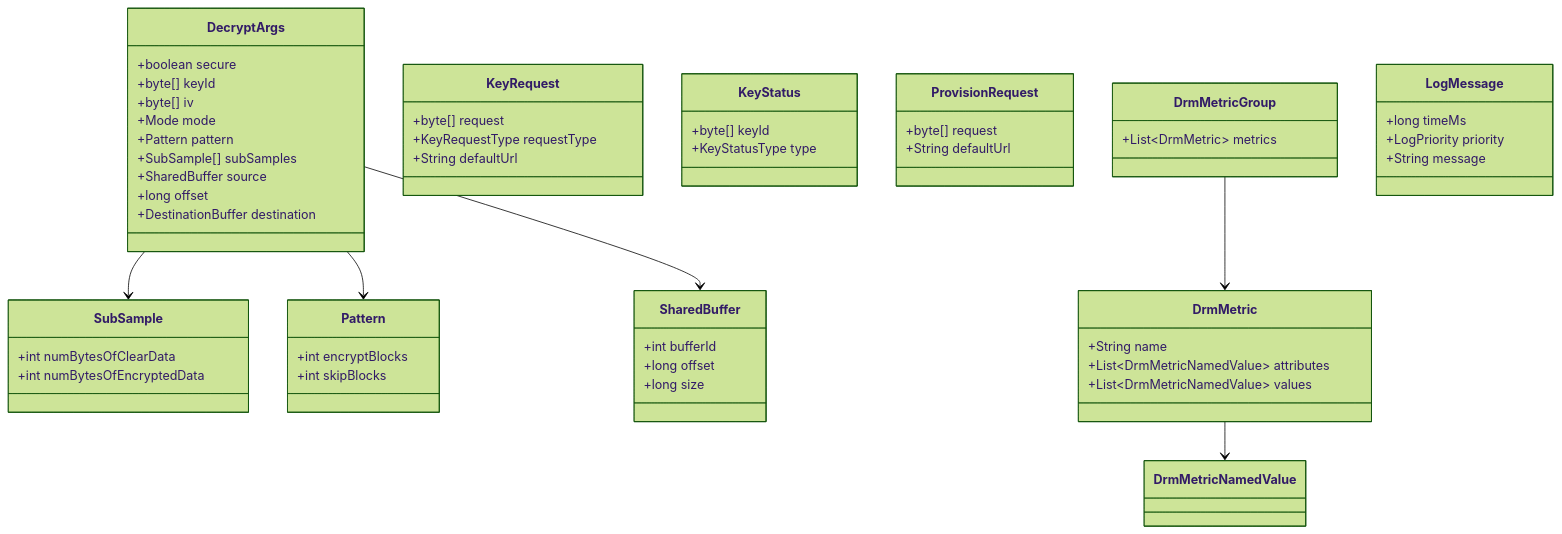
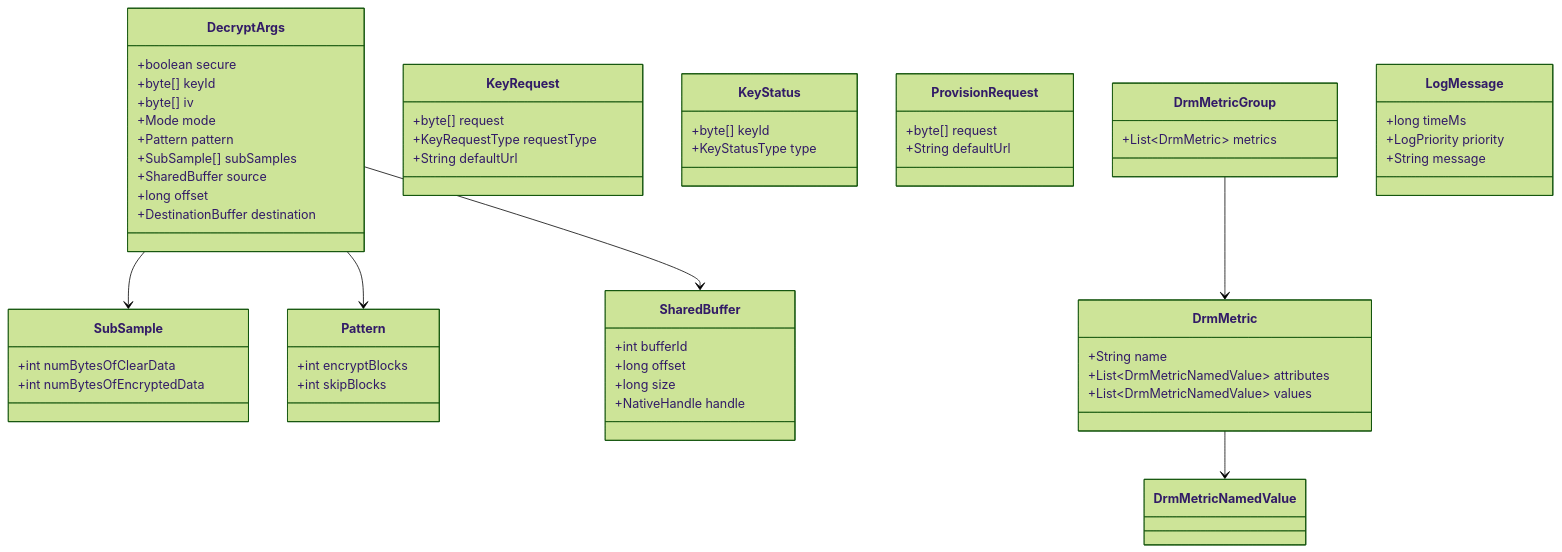
The seventh of 16 diagrams in 42-drm.md (aospbooks/aosp-internal-book), drawn with Mermaid (forest theme) before and after one commit. The commit also changed other lines of this file and 218 other files, not shown here.

````diff
--- a/42-drm.md
+++ b/42-drm.md
@@ -981,68 +985,69 @@
 ```mermaid
 classDiagram
     class DecryptArgs {
         +boolean secure
         +byte[] keyId
         +byte[] iv
         +Mode mode
         +Pattern pattern
         +SubSample[] subSamples
         +SharedBuffer source
         +long offset
         +DestinationBuffer destination
     }
 
     class SubSample {
         +int numBytesOfClearData
         +int numBytesOfEncryptedData
     }
 
     class Pattern {
         +int encryptBlocks
         +int skipBlocks
     }
 
     class SharedBuffer {
         +int bufferId
         +long offset
         +long size
+        +NativeHandle handle
     }
 
     class KeyRequest {
         +byte[] request
         +KeyRequestType requestType
         +String defaultUrl
     }
 
     class KeyStatus {
         +byte[] keyId
         +KeyStatusType type
     }
 
     class ProvisionRequest {
         +byte[] request
         +String defaultUrl
     }
 
     class DrmMetricGroup {
         +List~DrmMetric~ metrics
     }
 
     class DrmMetric {
         +String name
         +List~DrmMetricNamedValue~ attributes
         +List~DrmMetricNamedValue~ values
     }
 
     class LogMessage {
         +long timeMs
         +LogPriority priority
         +String message
     }
 
     DecryptArgs --> SubSample
     DecryptArgs --> Pattern
     DecryptArgs --> SharedBuffer
     DrmMetricGroup --> DrmMetric
     DrmMetric --> DrmMetricNamedValue
 ```
````
